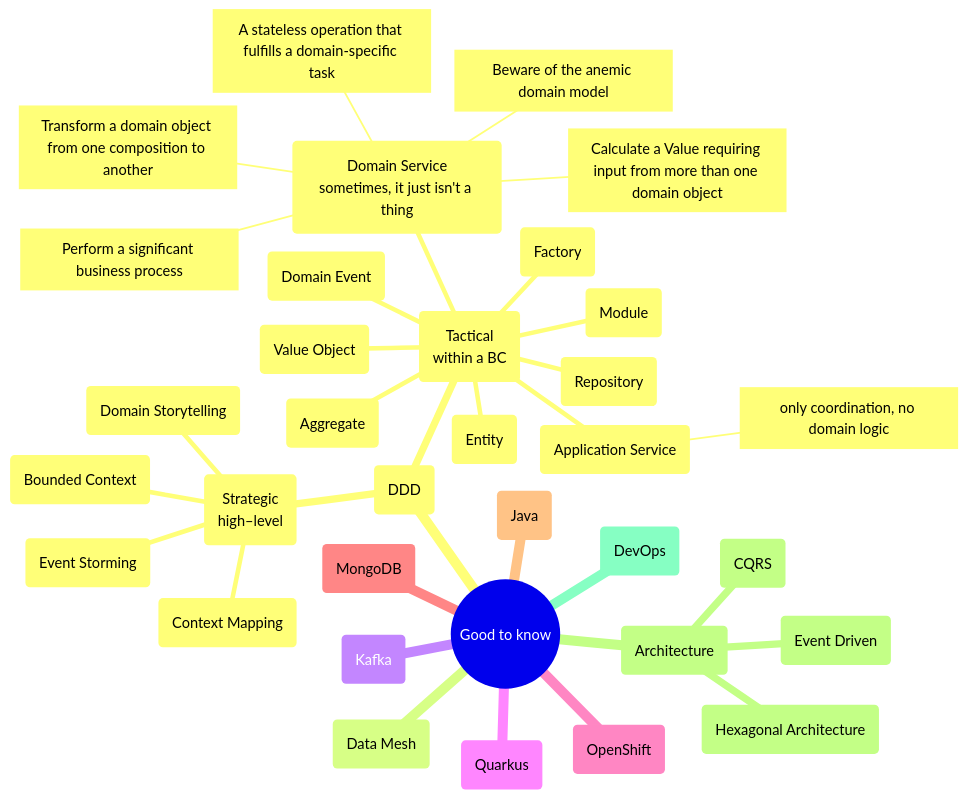
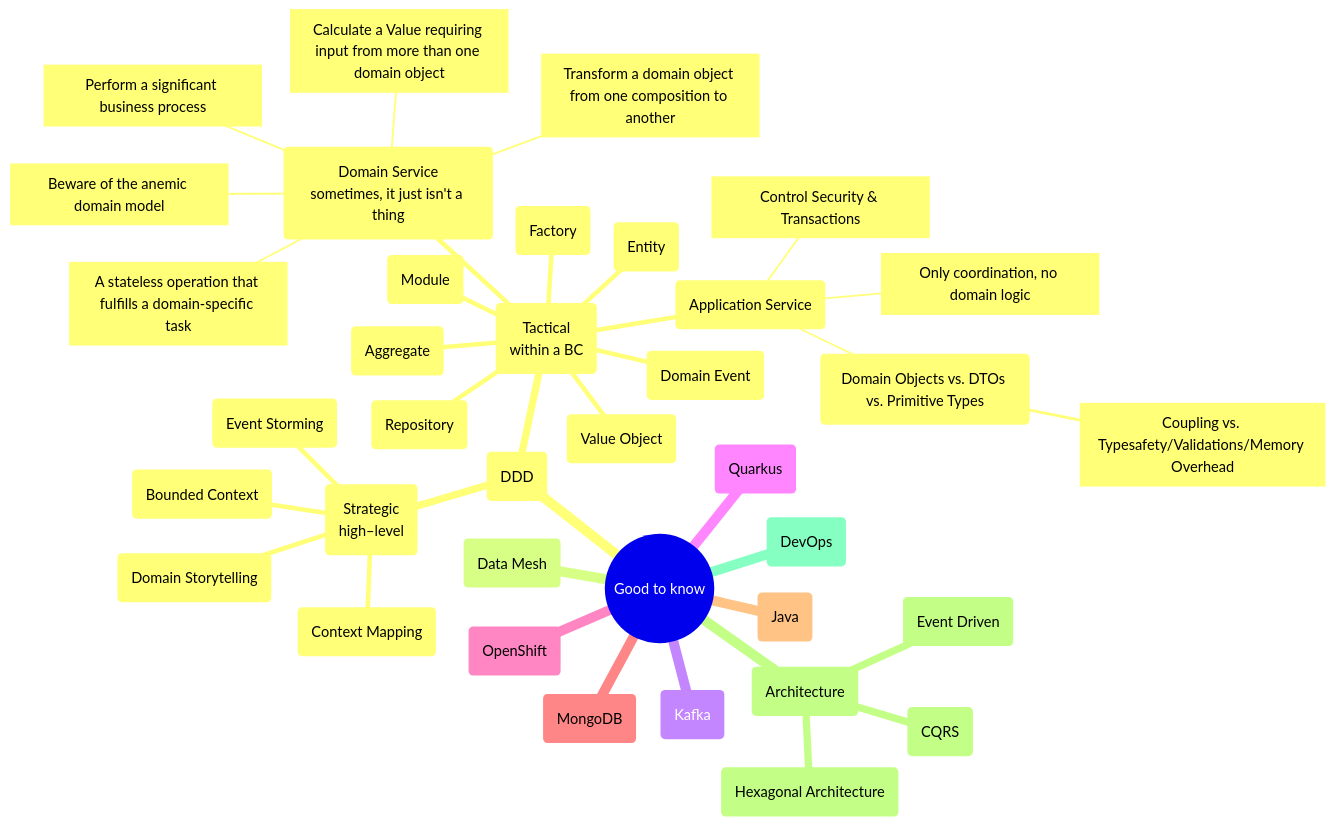
The diagram in README.md (mhaspra/mindmaps), drawn with Mermaid before and after one commit.

````diff
--- a/README.md
+++ b/README.md
@@ -2,37 +2,40 @@
 ```mermaid
  mindmap
   root((Good to know))
    (DDD)
     (Strategic<br>high–level)
      (Domain Storytelling)
      (Event Storming)
      (Context Mapping)
      (Bounded Context)
     (Tactical<br>within a BC)
      (Value Object)
      (Entity)
      (Aggregate)
      (Domain Service<br>sometimes, it just isn't a thing)
       [A stateless operation that fulfills a domain-specific task]
       [Perform a significant business process]
       [Transform a domain object from one composition to another]
       [Calculate a Value requiring input from more than one domain object]
       [Beware of the anemic domain model]
      (Domain Event)
      (Factory)
      (Repository)
      (Module)
      (Application Service)
-      [only coordination, no domain logic]
+      [Only coordination, no domain logic]
+      [Control Security & Transactions]
+      (Domain Objects vs. DTOs vs. Primitive Types)
+       [Coupling vs. Typesafety/Validations/Memory Overhead]
    (Data Mesh)
    (Kafka)
    (Quarkus)
    (OpenShift)
    (MongoDB)
    (Java)
    (Architecture)
     (Hexagonal Architecture)
     (CQRS)
     (Event Driven)
    (DevOps)
 ```
````
